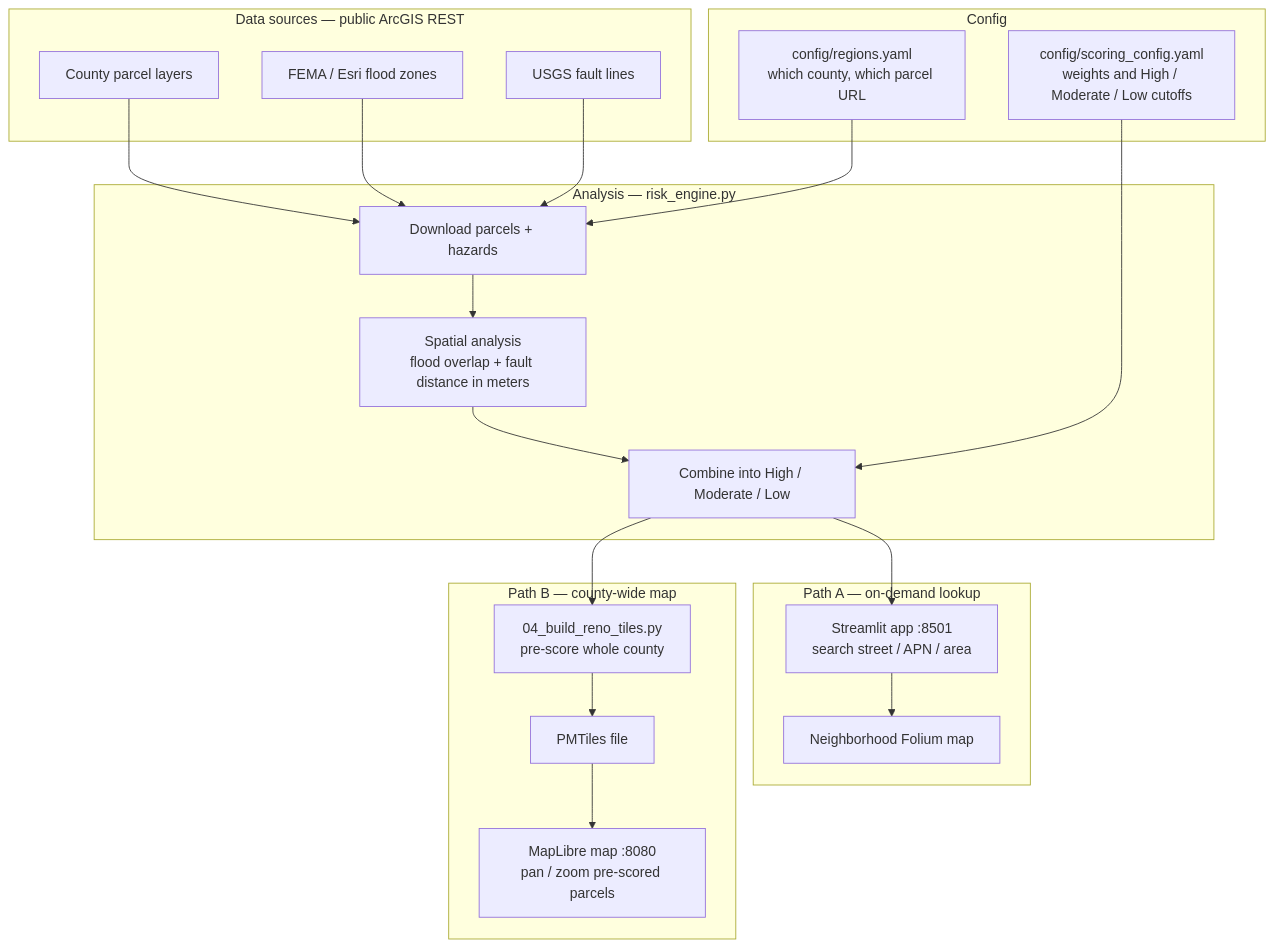
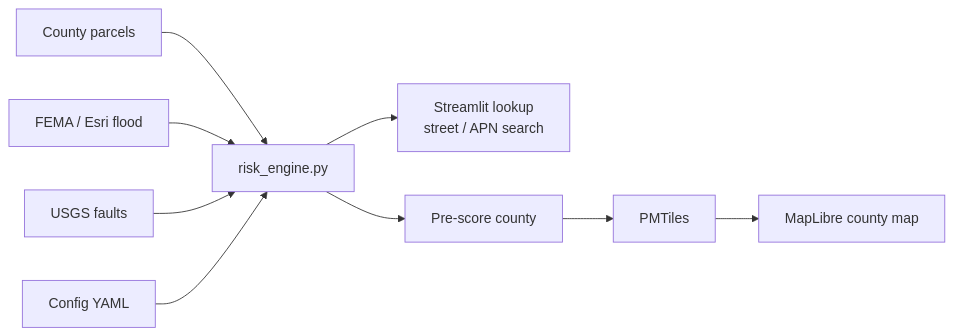
One commit to KatyaAlimov/northern-nv-parcel-risk changed the diagram in README.md. Above: the diagram before and after it, drawn with Mermaid. The commit also changed other lines of this file, not shown here.

Commit message:
Tone down the architecture diagram and drop the plain-terms note.

````diff
--- a/README.md
+++ b/README.md
@@ -35,40 +35,11 @@
 ```mermaid
-flowchart TB
-  subgraph sources [Data sources — public ArcGIS REST]
-    parcels[County parcel layers]
-    flood[FEMA / Esri flood zones]
-    faults[USGS fault lines]
-  end
-
-  subgraph config [Config]
-    regions[config/regions.yaml<br/>which county, which parcel URL]
-    scoring[config/scoring_config.yaml<br/>weights and High / Moderate / Low cutoffs]
-  end
-
-  subgraph core [Analysis — risk_engine.py]
-    fetch[Download parcels + hazards]
-    spatial[Spatial analysis<br/>flood overlap + fault distance in meters]
-    score[Combine into High / Moderate / Low]
-  end
-
-  parcels --> fetch
-  flood --> fetch
-  faults --> fetch
-  regions --> fetch
-  scoring --> score
-  fetch --> spatial --> score
-
-  subgraph lookup [Path A — on-demand lookup]
-    streamlit[Streamlit app :8501<br/>search street / APN / area]
-    folium[Neighborhood Folium map]
-  end
-
-  subgraph county [Path B — county-wide map]
-    batch[04_build_reno_tiles.py<br/>pre-score whole county]
-    tiles[PMTiles file]
-    maplibre[MapLibre map :8080<br/>pan / zoom pre-scored parcels]
-  end
-
-  score --> streamlit --> folium
-  score --> batch --> tiles --> maplibre
+flowchart LR
+  parcels[County parcels] --> engine[risk_engine.py]
+  flood[FEMA / Esri flood] --> engine
+  faults[USGS faults] --> engine
+  config[Config YAML] --> engine
+  engine --> app[Streamlit lookup<br/>street / APN search]
+  engine --> batch[Pre-score county]
+  batch --> tiles[PMTiles]
+  tiles --> map[MapLibre county map]
 ```
````
